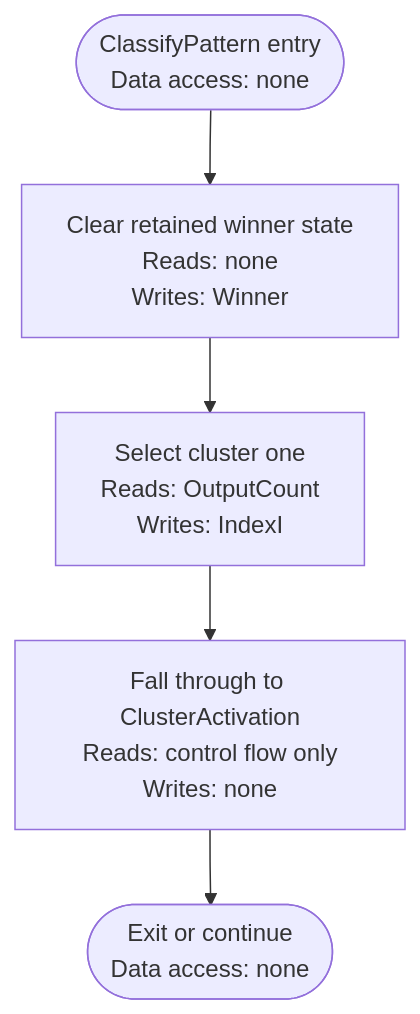
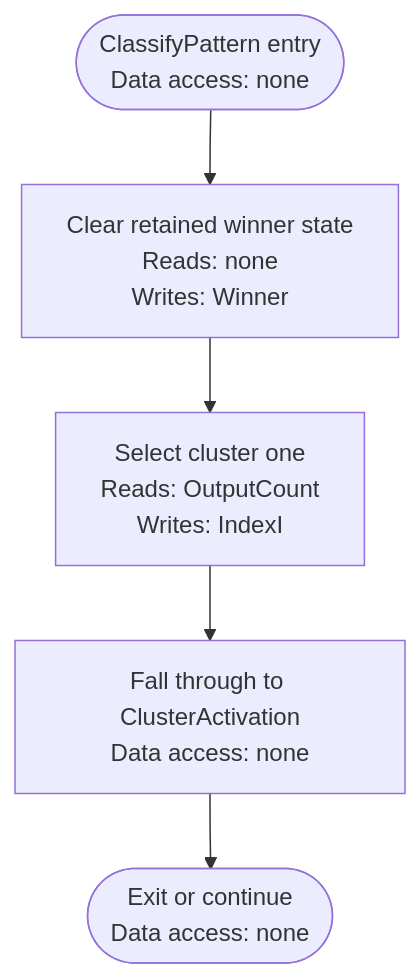
One commit to sharpninja/NeuralNetworks changed diagram 17 of 44 in docs/Diagrams/CL-ML-Activity-Diagrams.md. Above: the diagram before and after it, drawn with Mermaid. The commit also changed other lines of this file and 10 other files, not shown here.

````diff
--- a/docs/Diagrams/CL-ML-Activity-Diagrams.md
+++ b/docs/Diagrams/CL-ML-Activity-Diagrams.md
@@ -404,7 +436,7 @@
 ```mermaid
 flowchart TD
     A(["ClassifyPattern entry<br/>Data access: none"]) --> B["Clear retained winner state<br/>Reads: none<br/>Writes: Winner"]
     B --> C["Select cluster one<br/>Reads: OutputCount<br/>Writes: IndexI"]
-    C --> D["Fall through to ClusterActivation<br/>Reads: control flow only<br/>Writes: none"]
+    C --> D["Fall through to ClusterActivation<br/>Data access: none"]
     D --> Z(["Exit or continue<br/>Data access: none"])
 ```
````
